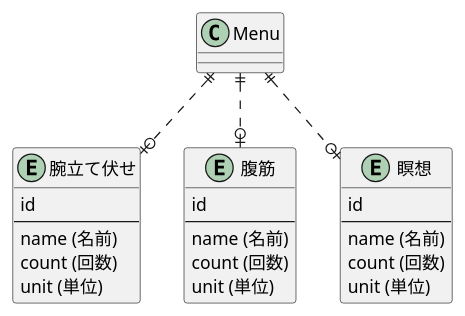
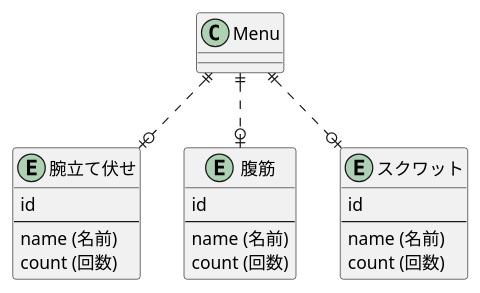
Before and after one commit to i-tanaka730/muscle_training_counter: the diagram in doc/データベース設計.pu, drawn with PlantUML. The commit also changed 5 other files, not shown here.

```diff
--- a/doc/データベース設計.pu
+++ b/doc/データベース設計.pu
@@ -1,30 +1,27 @@
 @startuml
 entity 腕立て伏せ {
    id
   --
    name (名前)
    count (回数)
-   unit (単位)
 }
 
 entity 腹筋 {
    id
   --
    name (名前)
    count (回数)
-   unit (単位)
 }
 
-entity 瞑想 {
+entity スクワット {
    id
   --
    name (名前)
    count (回数)
-   unit (単位)
 }
 
 Menu ||..o| 腕立て伏せ
 Menu ||..o| 腹筋
-Menu ||..o| 瞑想
+Menu ||..o| スクワット
 
 @enduml
```
